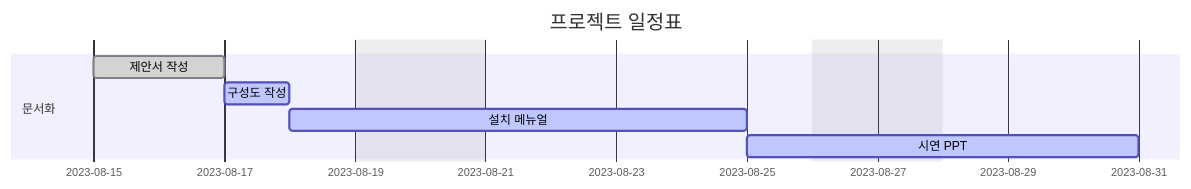
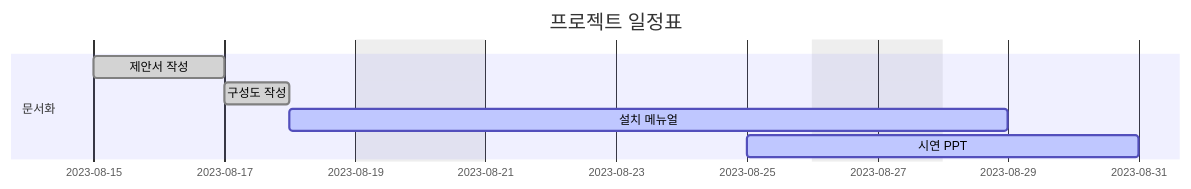
Before and after one commit to LOFL404/project1: the diagram in README.md, drawn with Mermaid.

````diff
--- a/README.md
+++ b/README.md
@@ -1,16 +1,16 @@
 ```mermaid
 gantt
     dateFormat  YYYY-MM-DD
     axisFormat  %Y-%m-%d
     title       프로젝트 일정표
     excludes    weekends saturday,sunday
     
     section 문서화
     제안서 작성     :done,    a, 2023-08-15, 2d
-    구성도 작성     :active,  b, 2023-08-17, 1d
-    설치 메뉴얼     :active,  c, 2023-08-18, 5d
+    구성도 작성     :done,    b, 2023-08-17, 1d
+    설치 메뉴얼     :active,  c, 2023-08-18, 7d
     시연 PPT        :active,  d, 2023-08-25, 4d
 
     section 구현
     
 ```
````
